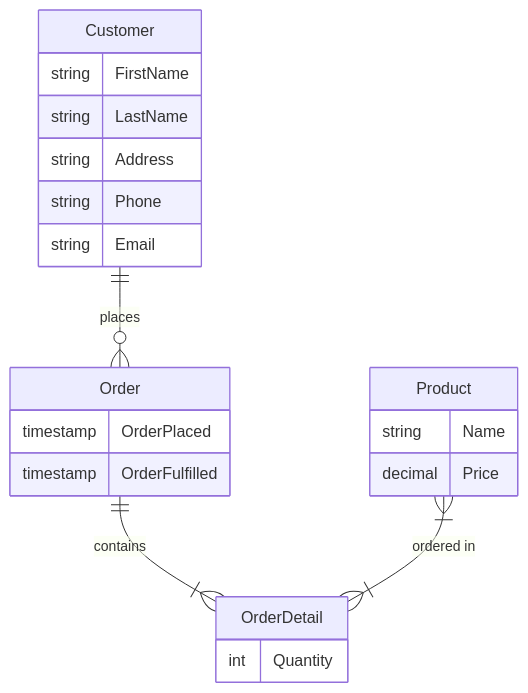
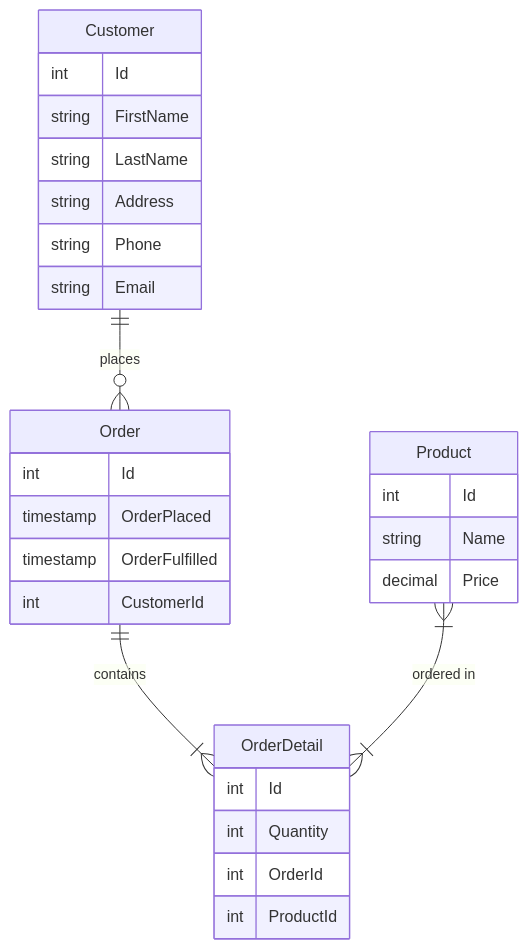
One commit to MicrosoftDocs/ef-core-for-beginners changed the diagram in notes/entity-diagram.md. Above: the diagram before and after it, drawn with Mermaid. The commit also changed 3 other files, not shown here.

````diff
--- a/notes/entity-diagram.md
+++ b/notes/entity-diagram.md
@@ -3,24 +3,31 @@
 ```mermaid
 erDiagram
     Customer ||--o{ Order : places
     Order ||--|{ OrderDetail : contains
     Product }|--|{ OrderDetail : "ordered in"
     Customer {
+        int Id
         string FirstName
         string LastName
         string Address
         string Phone
         string Email
     }
     Order {
+        int Id
         timestamp OrderPlaced
         timestamp OrderFulfilled
+        int CustomerId
     }
     OrderDetail {
+        int Id
         int Quantity
+        int OrderId
+        int ProductId
     }
     Product {
+        int Id
         string Name
         decimal Price
     }
 ```
````
